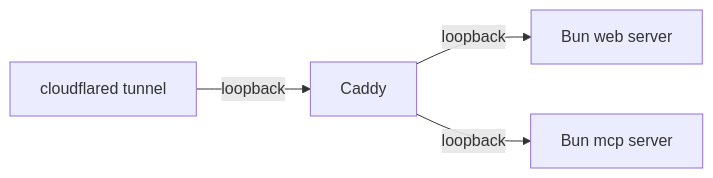
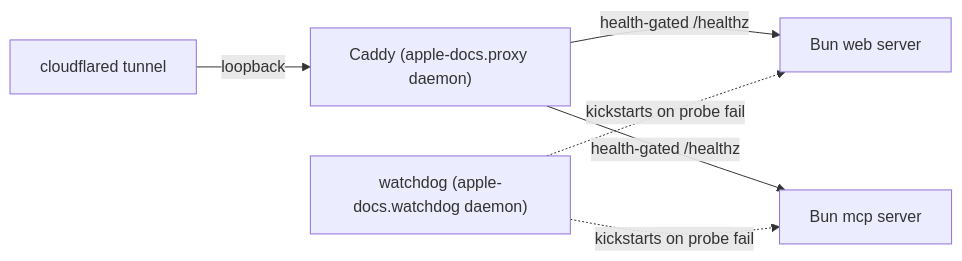
One commit to g-cqd/apple-docs changed the diagram in docs/runbooks/public-instance-update.md. Above: the diagram before and after it, drawn with Mermaid. The commit also changed other lines of this file, not shown here.

````diff
--- a/docs/runbooks/public-instance-update.md
+++ b/docs/runbooks/public-instance-update.md
@@ -9,11 +9,14 @@
 ```mermaid
 flowchart LR
   TUN["cloudflared tunnel"]
-  CADDY["Caddy"]
+  CADDY["Caddy (apple-docs.proxy daemon)"]
   WEB["Bun web server"]
   MCP["Bun mcp server"]
+  WD["watchdog (apple-docs.watchdog daemon)"]
 
   TUN -- "loopback" --> CADDY
-  CADDY -- "loopback" --> WEB
-  CADDY -- "loopback" --> MCP
+  CADDY -- "health-gated /healthz" --> WEB
+  CADDY -- "health-gated /healthz" --> MCP
+  WD -. "kickstarts on probe fail" .-> WEB
+  WD -. "kickstarts on probe fail" .-> MCP
 ```
````
